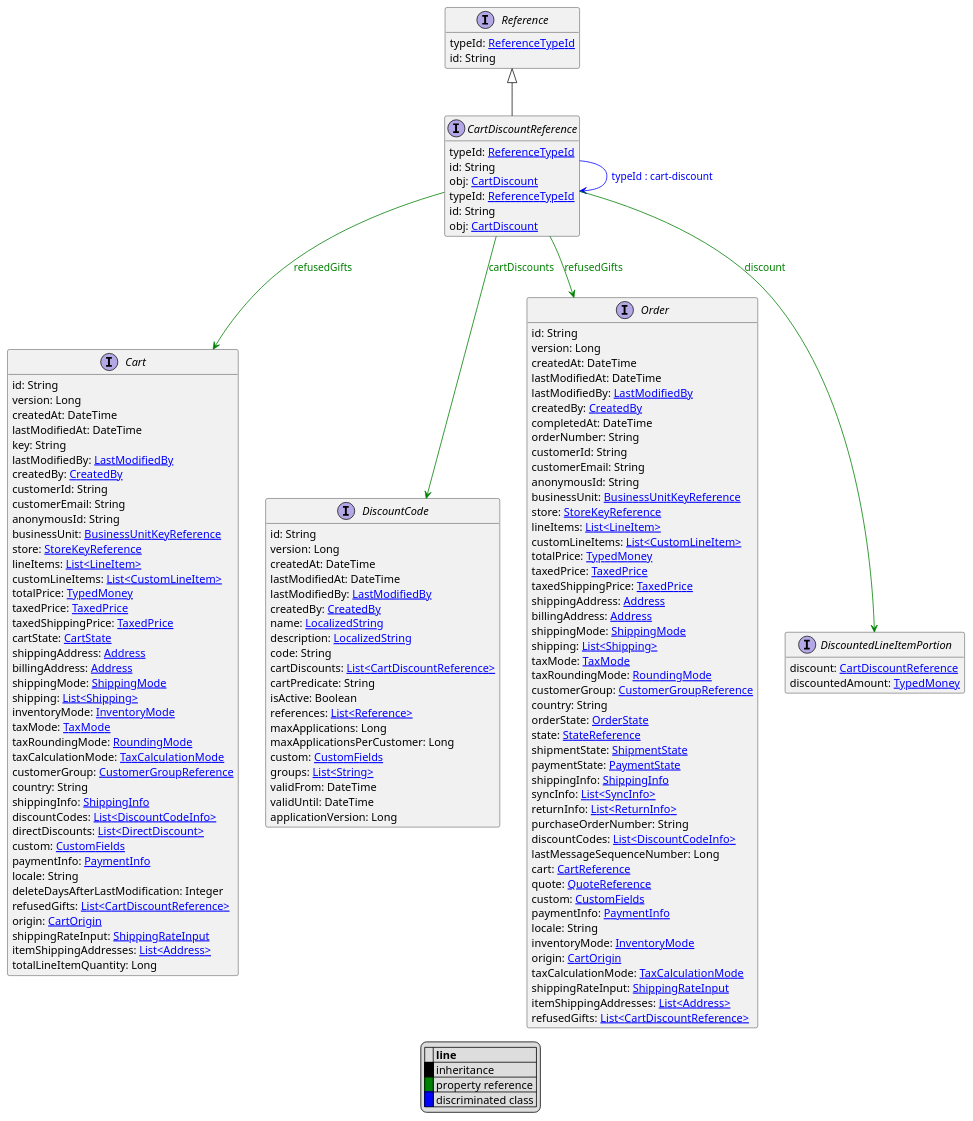
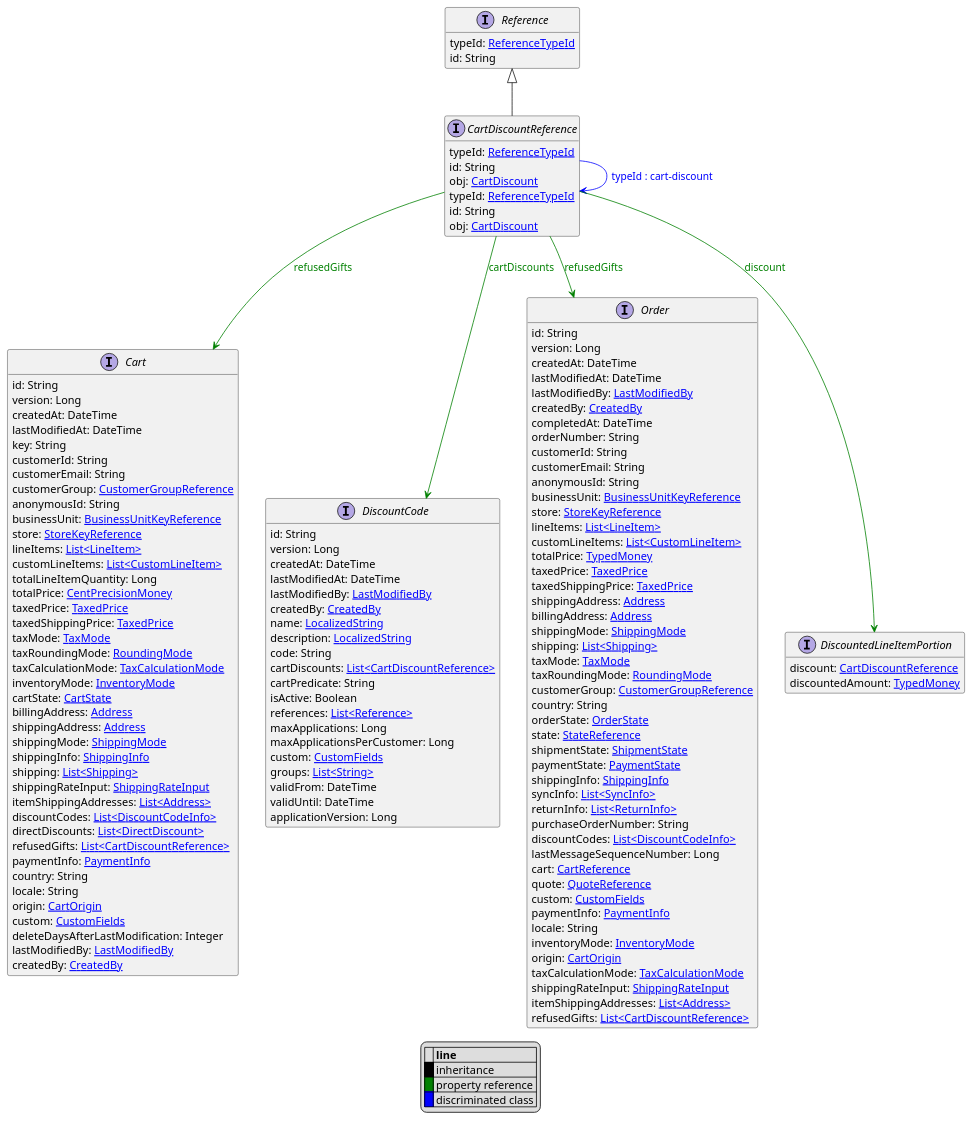
The diagram in uml/api/CartDiscountReference.puml (commercetools/commercetools-api-reference), drawn with PlantUML before and after one commit. The commit also changed 195 other files, not shown here.

```diff
--- a/uml/api/CartDiscountReference.puml
+++ b/uml/api/CartDiscountReference.puml
@@ -1,148 +1,148 @@
 @startuml
 
 hide empty fields
 hide empty methods
 legend
 |= |= line |
 |<back:black>   </back>| inheritance |
 |<back:green>   </back>| property reference |
 |<back:blue>   </back>| discriminated class |
 endlegend
 interface CartDiscountReference [[CartDiscountReference.svg]] extends Reference {
     typeId: [[ReferenceTypeId.svg ReferenceTypeId]]
     id: String
     obj: [[CartDiscount.svg CartDiscount]]
 }
 interface Reference [[Reference.svg]]  {
     typeId: [[ReferenceTypeId.svg ReferenceTypeId]]
     id: String
 }
 
 interface CartDiscountReference [[CartDiscountReference.svg]]  {
     typeId: [[ReferenceTypeId.svg ReferenceTypeId]]
     id: String
     obj: [[CartDiscount.svg CartDiscount]]
 }
 interface Cart [[Cart.svg]]  {
     id: String
     version: Long
     createdAt: DateTime
     lastModifiedAt: DateTime
     key: String
-    lastModifiedBy: [[LastModifiedBy.svg LastModifiedBy]]
-    createdBy: [[CreatedBy.svg CreatedBy]]
     customerId: String
     customerEmail: String
+    customerGroup: [[CustomerGroupReference.svg CustomerGroupReference]]
     anonymousId: String
     businessUnit: [[BusinessUnitKeyReference.svg BusinessUnitKeyReference]]
     store: [[StoreKeyReference.svg StoreKeyReference]]
     lineItems: [[LineItem.svg List<LineItem>]]
     customLineItems: [[CustomLineItem.svg List<CustomLineItem>]]
-    totalPrice: [[TypedMoney.svg TypedMoney]]
+    totalLineItemQuantity: Long
+    totalPrice: [[CentPrecisionMoney.svg CentPrecisionMoney]]
     taxedPrice: [[TaxedPrice.svg TaxedPrice]]
     taxedShippingPrice: [[TaxedPrice.svg TaxedPrice]]
-    cartState: [[CartState.svg CartState]]
-    shippingAddress: [[Address.svg Address]]
-    billingAddress: [[Address.svg Address]]
-    shippingMode: [[ShippingMode.svg ShippingMode]]
-    shipping: [[Shipping.svg List<Shipping>]]
-    inventoryMode: [[InventoryMode.svg InventoryMode]]
     taxMode: [[TaxMode.svg TaxMode]]
     taxRoundingMode: [[RoundingMode.svg RoundingMode]]
     taxCalculationMode: [[TaxCalculationMode.svg TaxCalculationMode]]
-    customerGroup: [[CustomerGroupReference.svg CustomerGroupReference]]
-    country: String
+    inventoryMode: [[InventoryMode.svg InventoryMode]]
+    cartState: [[CartState.svg CartState]]
+    billingAddress: [[Address.svg Address]]
+    shippingAddress: [[Address.svg Address]]
+    shippingMode: [[ShippingMode.svg ShippingMode]]
     shippingInfo: [[ShippingInfo.svg ShippingInfo]]
+    shipping: [[Shipping.svg List<Shipping>]]
+    shippingRateInput: [[ShippingRateInput.svg ShippingRateInput]]
+    itemShippingAddresses: [[Address.svg List<Address>]]
     discountCodes: [[DiscountCodeInfo.svg List<DiscountCodeInfo>]]
     directDiscounts: [[DirectDiscount.svg List<DirectDiscount>]]
+    refusedGifts: [[CartDiscountReference.svg List<CartDiscountReference>]]
+    paymentInfo: [[PaymentInfo.svg PaymentInfo]]
+    country: String
+    locale: String
+    origin: [[CartOrigin.svg CartOrigin]]
     custom: [[CustomFields.svg CustomFields]]
-    paymentInfo: [[PaymentInfo.svg PaymentInfo]]
-    locale: String
     deleteDaysAfterLastModification: Integer
-    refusedGifts: [[CartDiscountReference.svg List<CartDiscountReference>]]
-    origin: [[CartOrigin.svg CartOrigin]]
-    shippingRateInput: [[ShippingRateInput.svg ShippingRateInput]]
-    itemShippingAddresses: [[Address.svg List<Address>]]
-    totalLineItemQuantity: Long
+    lastModifiedBy: [[LastModifiedBy.svg LastModifiedBy]]
+    createdBy: [[CreatedBy.svg CreatedBy]]
 }
 interface DiscountCode [[DiscountCode.svg]]  {
     id: String
     version: Long
     createdAt: DateTime
     lastModifiedAt: DateTime
     lastModifiedBy: [[LastModifiedBy.svg LastModifiedBy]]
     createdBy: [[CreatedBy.svg CreatedBy]]
     name: [[LocalizedString.svg LocalizedString]]
     description: [[LocalizedString.svg LocalizedString]]
     code: String
     cartDiscounts: [[CartDiscountReference.svg List<CartDiscountReference>]]
     cartPredicate: String
     isActive: Boolean
     references: [[Reference.svg List<Reference>]]
     maxApplications: Long
     maxApplicationsPerCustomer: Long
     custom: [[CustomFields.svg CustomFields]]
     groups: [[String.svg List<String>]]
     validFrom: DateTime
     validUntil: DateTime
     applicationVersion: Long
 }
 interface Order [[Order.svg]]  {
     id: String
     version: Long
     createdAt: DateTime
     lastModifiedAt: DateTime
     lastModifiedBy: [[LastModifiedBy.svg LastModifiedBy]]
     createdBy: [[CreatedBy.svg CreatedBy]]
     completedAt: DateTime
     orderNumber: String
     customerId: String
     customerEmail: String
     anonymousId: String
     businessUnit: [[BusinessUnitKeyReference.svg BusinessUnitKeyReference]]
     store: [[StoreKeyReference.svg StoreKeyReference]]
     lineItems: [[LineItem.svg List<LineItem>]]
     customLineItems: [[CustomLineItem.svg List<CustomLineItem>]]
     totalPrice: [[TypedMoney.svg TypedMoney]]
     taxedPrice: [[TaxedPrice.svg TaxedPrice]]
     taxedShippingPrice: [[TaxedPrice.svg TaxedPrice]]
     shippingAddress: [[Address.svg Address]]
     billingAddress: [[Address.svg Address]]
     shippingMode: [[ShippingMode.svg ShippingMode]]
     shipping: [[Shipping.svg List<Shipping>]]
     taxMode: [[TaxMode.svg TaxMode]]
     taxRoundingMode: [[RoundingMode.svg RoundingMode]]
     customerGroup: [[CustomerGroupReference.svg CustomerGroupReference]]
     country: String
     orderState: [[OrderState.svg OrderState]]
     state: [[StateReference.svg StateReference]]
     shipmentState: [[ShipmentState.svg ShipmentState]]
     paymentState: [[PaymentState.svg PaymentState]]
     shippingInfo: [[ShippingInfo.svg ShippingInfo]]
     syncInfo: [[SyncInfo.svg List<SyncInfo>]]
     returnInfo: [[ReturnInfo.svg List<ReturnInfo>]]
     purchaseOrderNumber: String
     discountCodes: [[DiscountCodeInfo.svg List<DiscountCodeInfo>]]
     lastMessageSequenceNumber: Long
     cart: [[CartReference.svg CartReference]]
     quote: [[QuoteReference.svg QuoteReference]]
     custom: [[CustomFields.svg CustomFields]]
     paymentInfo: [[PaymentInfo.svg PaymentInfo]]
     locale: String
     inventoryMode: [[InventoryMode.svg InventoryMode]]
     origin: [[CartOrigin.svg CartOrigin]]
     taxCalculationMode: [[TaxCalculationMode.svg TaxCalculationMode]]
     shippingRateInput: [[ShippingRateInput.svg ShippingRateInput]]
     itemShippingAddresses: [[Address.svg List<Address>]]
     refusedGifts: [[CartDiscountReference.svg List<CartDiscountReference>]]
 }
 interface DiscountedLineItemPortion [[DiscountedLineItemPortion.svg]]  {
     discount: [[CartDiscountReference.svg CartDiscountReference]]
     discountedAmount: [[TypedMoney.svg TypedMoney]]
 }
 CartDiscountReference --> CartDiscountReference #blue;text:blue : "typeId : cart-discount"
 CartDiscountReference --> Cart #green;text:green : "refusedGifts"
 CartDiscountReference --> DiscountCode #green;text:green : "cartDiscounts"
 CartDiscountReference --> Order #green;text:green : "refusedGifts"
 CartDiscountReference --> DiscountedLineItemPortion #green;text:green : "discount"
 @enduml
```
